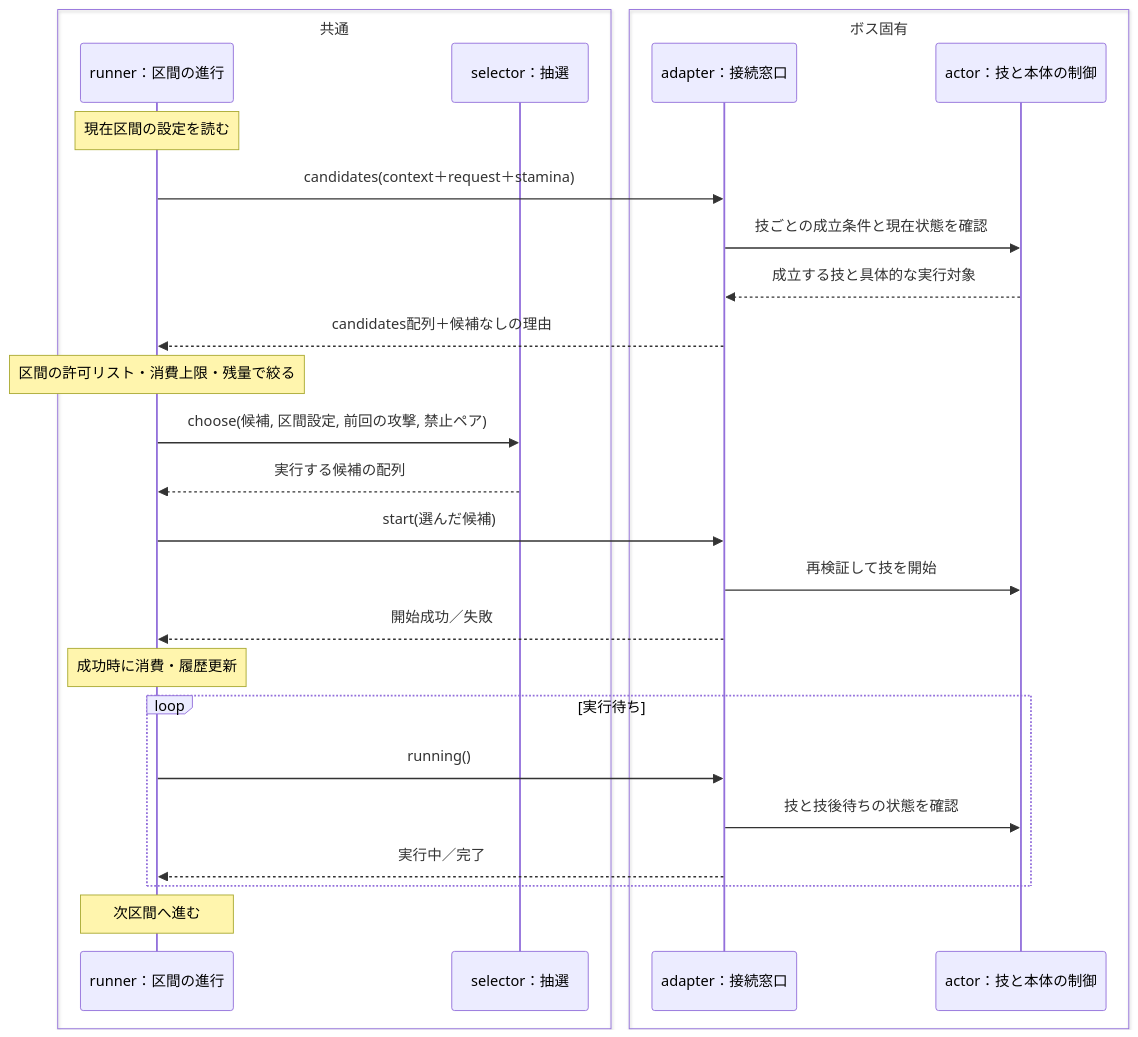
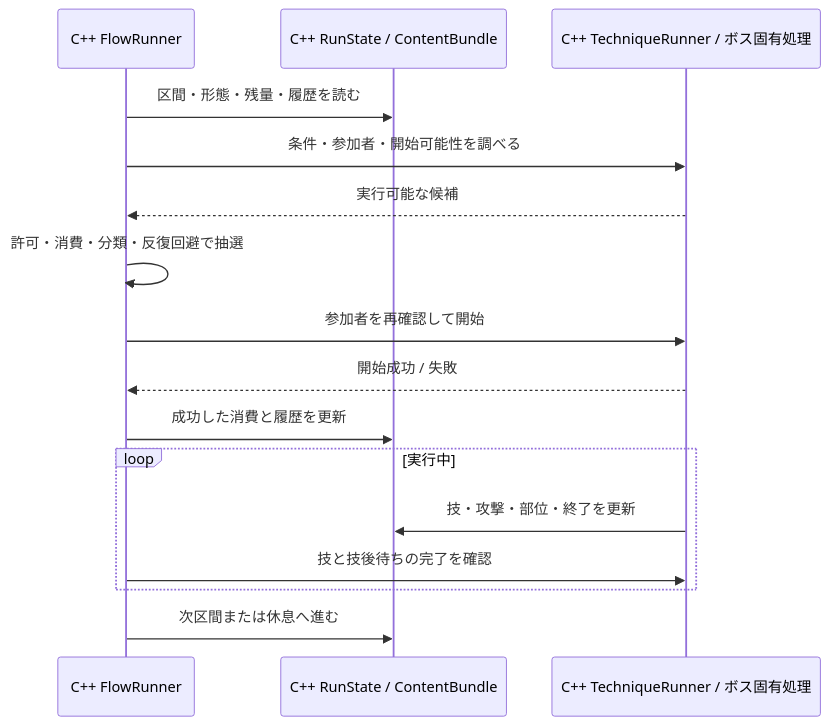
One commit to Tomatoguy1029/speed changed the second of 2 diagrams in docs/dev/stage-production-ai.md. Above: the diagram before and after it, drawn with Mermaid. The commit also changed other lines of this file and 3 other files, not shown here.

````diff
--- a/docs/dev/stage-production-ai.md
+++ b/docs/dev/stage-production-ai.md
@@ -362,29 +359,18 @@
 ```mermaid
 sequenceDiagram
-    box 共通
-        participant F as runner：区間の進行
-        participant S as selector：抽選
-    end
-    box ボス固有
-        participant A as adapter：接続窓口
-        participant B as actor：技と本体の制御
-    end
-    Note over F: 現在区間の設定を読む
-    F->>A: candidates(context＋request＋stamina)
-    A->>B: 技ごとの成立条件と現在状態を確認
-    B-->>A: 成立する技と具体的な実行対象
-    A-->>F: candidates配列＋候補なしの理由
-    Note over F: 区間の許可リスト・消費上限・残量で絞る
-    F->>S: choose(候補, 区間設定, 前回の攻撃, 禁止ペア)
-    S-->>F: 実行する候補の配列
-    F->>A: start(選んだ候補)
-    A->>B: 再検証して技を開始
-    A-->>F: 開始成功／失敗
-    Note over F: 成功時に消費・履歴更新
-    loop 実行待ち
-        F->>A: running()
-        A->>B: 技と技後待ちの状態を確認
-        A-->>F: 実行中／完了
-    end
-    Note over F: 次区間へ進む
+  participant F as C++ FlowRunner
+  participant S as C++ RunState / ContentBundle
+  participant T as C++ TechniqueRunner / ボス固有処理
+  F->>S: 区間・形態・残量・履歴を読む
+  F->>T: 条件・参加者・開始可能性を調べる
+  T-->>F: 実行可能な候補
+  F->>F: 許可・消費・分類・反復回避で抽選
+  F->>T: 参加者を再確認して開始
+  T-->>F: 開始成功 / 失敗
+  F->>S: 成功した消費と履歴を更新
+  loop 実行中
+    T->>S: 技・攻撃・部位・終了を更新
+    F->>T: 技と技後待ちの完了を確認
+  end
+  F->>S: 次区間または休息へ進む
 ```
````
